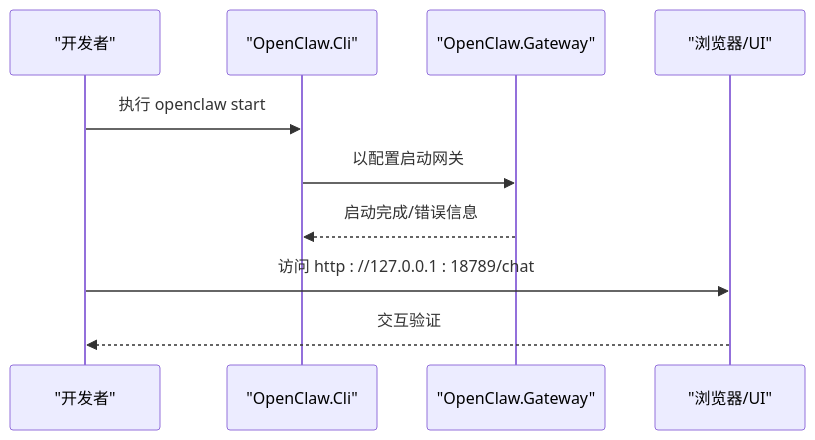
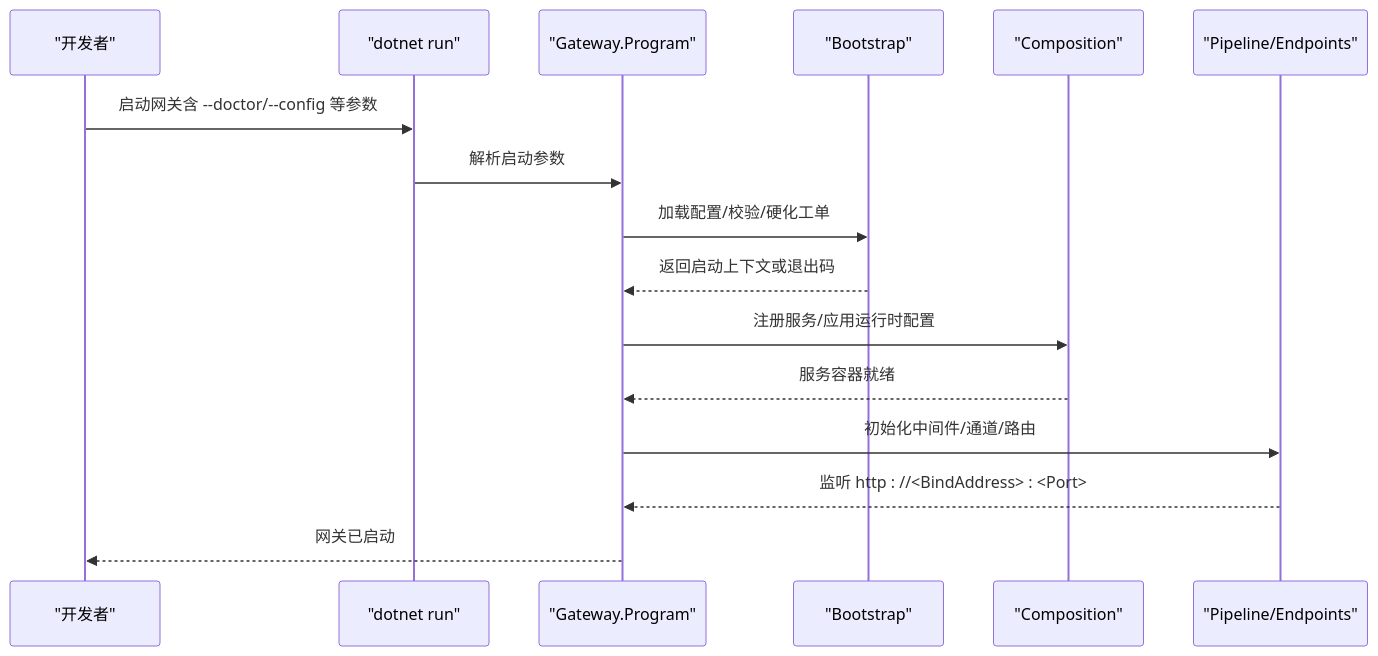
The third of 4 diagrams in .qoder/repowiki/zh/content/快速开始.md (wayyet/kingcrab), drawn with Mermaid before and after one commit. The commit also changed other lines of this file and 173 other files, not shown here.

````diff
--- a/.qoder/repowiki/zh/content/快速开始.md
+++ b/.qoder/repowiki/zh/content/快速开始.md
@@ -124,12 +227,18 @@
 ```mermaid
 sequenceDiagram
 participant Dev as "开发者"
-participant CLI as "OpenClaw.Cli"
-participant GW as "OpenClaw.Gateway"
-participant Browser as "浏览器/UI"
-Dev->>CLI : 执行 openclaw start
-CLI->>GW : 以配置启动网关
-GW-->>CLI : 启动完成/错误信息
-Dev->>Browser : 访问 http : //127.0.0.1 : 18789/chat
-Browser-->>Dev : 交互验证
+participant CLI as "dotnet run"
+participant GW as "Gateway.Program"
+participant Boot as "Bootstrap"
+participant Comp as "Composition"
+participant Pipe as "Pipeline/Endpoints"
+Dev->>CLI : 启动网关含 --doctor/--config 等参数
+CLI->>GW : 解析启动参数
+GW->>Boot : 加载配置/校验/硬化工单
+Boot-->>GW : 返回启动上下文或退出码
+GW->>Comp : 注册服务/应用运行时配置
+Comp-->>GW : 服务容器就绪
+GW->>Pipe : 初始化中间件/通道/路由
+Pipe-->>GW : 监听 http : //<BindAddress> : <Port>
+GW-->>Dev : 网关已启动
 ```
````
